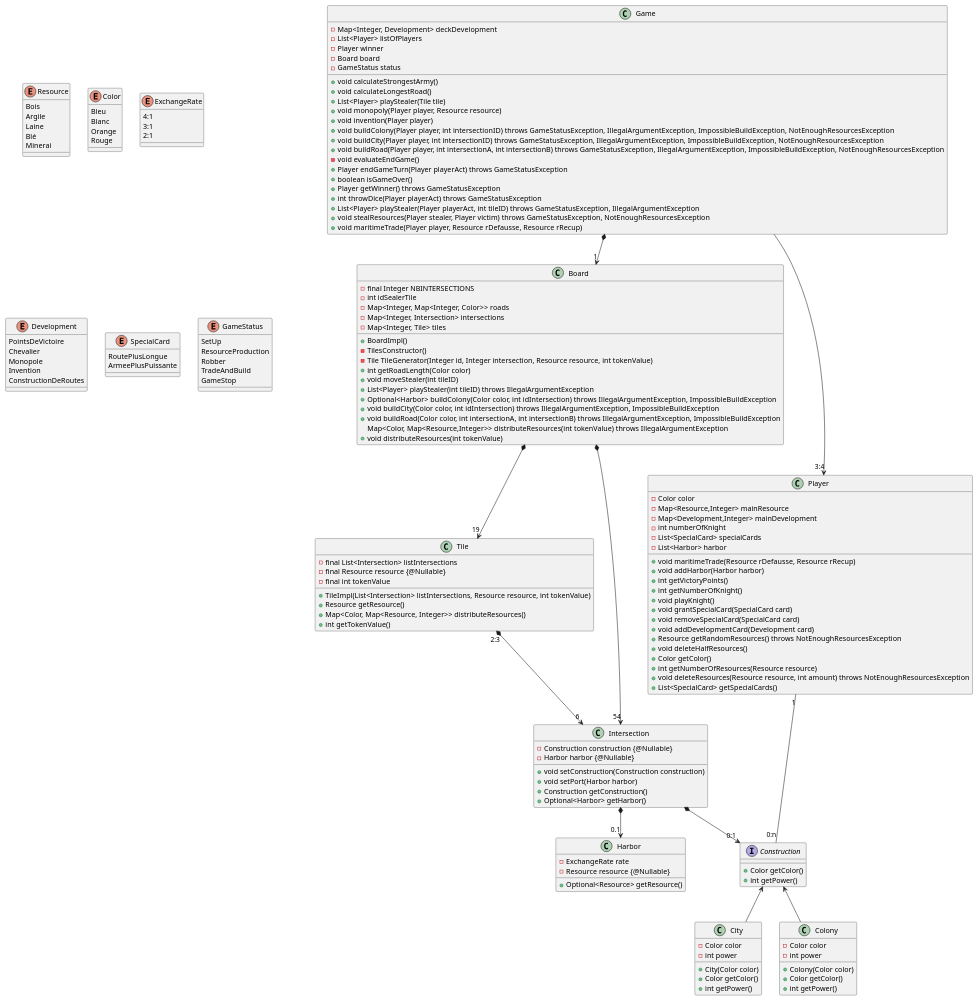
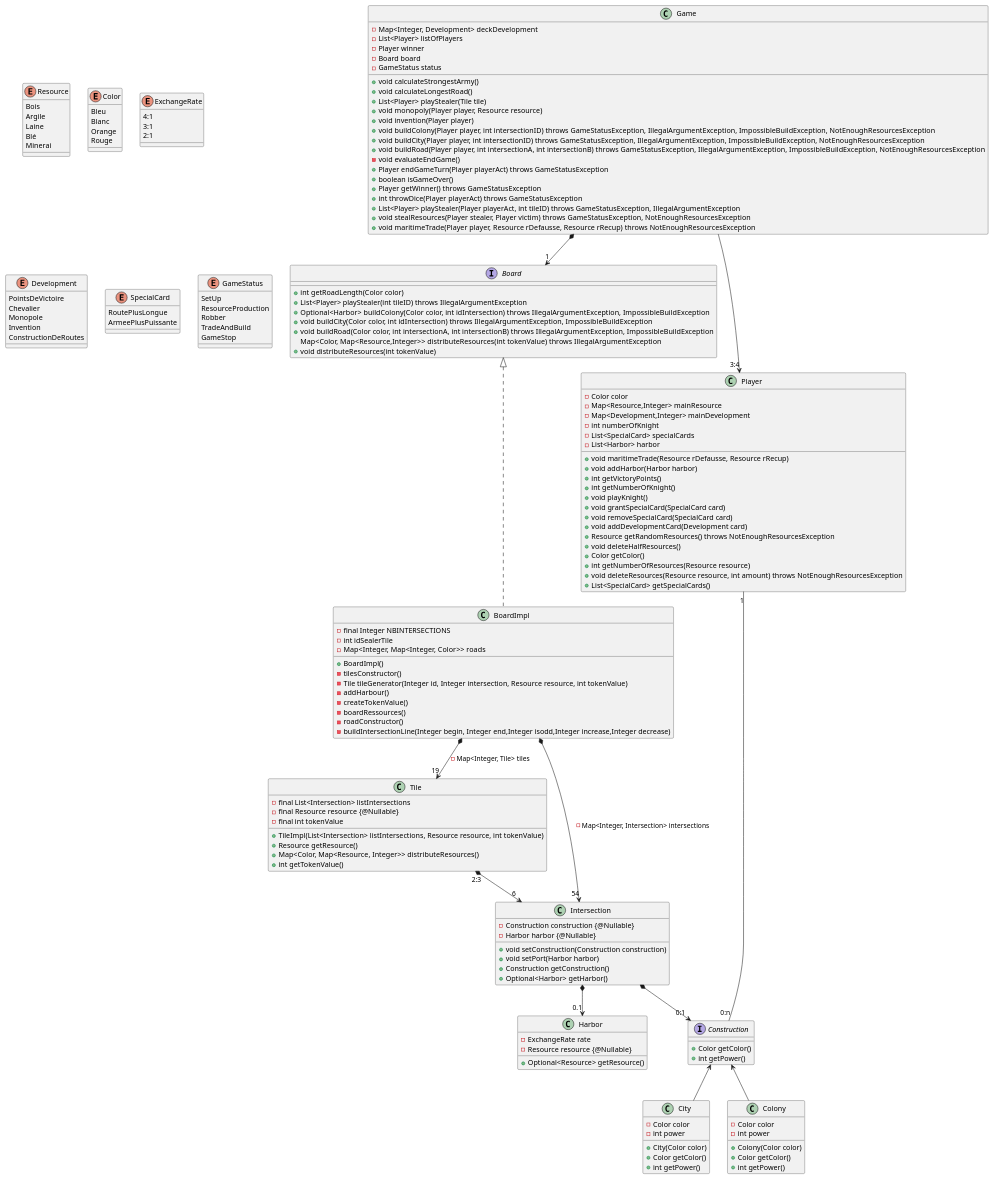
The diagram in catan-doc/modules/conception/examples/gameClassDiag.plantuml (Lapin-Obez/colon_de_catane), drawn with PlantUML before and after one commit. The commit also changed 3 other files, not shown here.

```diff
--- a/catan-doc/modules/conception/examples/gameClassDiag.plantuml
+++ b/catan-doc/modules/conception/examples/gameClassDiag.plantuml
@@ -1,183 +1,185 @@
 @startuml
-
 enum Resource {
     Bois
     Argile
     Laine
     Blé
     Minerai
 }
 
 enum Color {
     Bleu
     Blanc
     Orange
     Rouge
 }
 
 enum ExchangeRate {
     4:1
     3:1
     2:1
 }
 
 enum Development {
     PointsDeVictoire
     Chevalier
     Monopole
     Invention
     ConstructionDeRoutes
 }
 
 enum SpecialCard {
     RoutePlusLongue
     ArmeePlusPuissante
 }
 
 enum GameStatus {
     SetUp
     ResourceProduction
     Robber
     TradeAndBuild
     GameStop
 }
 
 class Game {
     - Map<Integer, Development> deckDevelopment
     - List<Player> listOfPlayers
     - Player winner
     - Board board
     - GameStatus status
 
     + void calculateStrongestArmy()
     + void calculateLongestRoad()
     + List<Player> playStealer(Tile tile)
     + void monopoly(Player player, Resource resource)
     + void invention(Player player)
     + void buildColony(Player player, int intersectionID) throws GameStatusException, IllegalArgumentException, ImpossibleBuildException, NotEnoughResourcesException
     + void buildCity(Player player, int intersectionID) throws GameStatusException, IllegalArgumentException, ImpossibleBuildException, NotEnoughResourcesException
     + void buildRoad(Player player, int intersectionA, int intersectionB) throws GameStatusException, IllegalArgumentException, ImpossibleBuildException, NotEnoughResourcesException
     - void evaluateEndGame()
     + Player endGameTurn(Player playerAct) throws GameStatusException
     + boolean isGameOver()
     + Player getWinner() throws GameStatusException
     + int throwDice(Player playerAct) throws GameStatusException
     + List<Player> playStealer(Player playerAct, int tileID) throws GameStatusException, IllegalArgumentException
     + void stealResources(Player stealer, Player victim) throws GameStatusException, NotEnoughResourcesException
-    + void maritimeTrade(Player player, Resource rDefausse, Resource rRecup)
+    + void maritimeTrade(Player player, Resource rDefausse, Resource rRecup) throws NotEnoughResourcesException
 }
 
-class Board {
-    - final Integer NBINTERSECTIONS
-    - int idSealerTile
-    - Map<Integer, Map<Integer, Color>> roads
-    - Map<Integer, Intersection> intersections
-    - Map<Integer, Tile> tiles
-
-    + BoardImpl()
-    - TilesConstructor()
-    - Tile TileGenerator(Integer id, Integer intersection, Resource resource, int tokenValue)
+interface Board {
     + int getRoadLength(Color color)
-    + void moveStealer(int tileID)
     + List<Player> playStealer(int tileID) throws IllegalArgumentException
-    +Optional<Harbor> buildColony(Color color, int idIntersection) throws IllegalArgumentException, ImpossibleBuildException
+    + Optional<Harbor> buildColony(Color color, int idIntersection) throws IllegalArgumentException, ImpossibleBuildException
     + void buildCity(Color color, int idIntersection) throws IllegalArgumentException, ImpossibleBuildException
     + void buildRoad(Color color, int intersectionA, int intersectionB) throws IllegalArgumentException, ImpossibleBuildException
     Map<Color, Map<Resource,Integer>> distributeResources(int tokenValue) throws IllegalArgumentException
     + void distributeResources(int tokenValue)
+}
+
+class BoardImpl {
+    - final Integer NBINTERSECTIONS
+    - int idSealerTile
+    - Map<Integer, Map<Integer, Color>> roads
+
+    + BoardImpl()
+    - tilesConstructor()
+    - Tile tileGenerator(Integer id, Integer intersection, Resource resource, int tokenValue)
+    - addHarbour()
+    - createTokenValue()
+    - boardRessources()
+    - roadConstructor()
+    - buildIntersectionLine(Integer begin, Integer end,Integer isodd,Integer increase,Integer decrease)
 }
 
 class Harbor{
     - ExchangeRate rate
     - Resource resource {@Nullable}
 
     + Optional<Resource> getResource()
 }
 
 class Tile{
     - final List<Intersection> listIntersections
     - final Resource resource {@Nullable}
     - final int tokenValue
 
     + TileImpl(List<Intersection> listIntersections, Resource resource, int tokenValue)
     + Resource getResource()
     + Map<Color, Map<Resource, Integer>> distributeResources()
     + int getTokenValue()
 }
 
 class Intersection{
     - Construction construction {@Nullable}
     - Harbor harbor {@Nullable}
 
     + void setConstruction(Construction construction)
     + void setPort(Harbor harbor)
     + Construction getConstruction()
     + Optional<Harbor> getHarbor()
 }
 
 class Player{
     - Color color
     - Map<Resource,Integer> mainResource
     - Map<Development,Integer> mainDevelopment
     - int numberOfKnight
     - List<SpecialCard> specialCards
     - List<Harbor> harbor
 
     + void maritimeTrade(Resource rDefausse, Resource rRecup)
     + void addHarbor(Harbor harbor)
     + int getVictoryPoints()
     + int getNumberOfKnight()
     + void playKnight()
     + void grantSpecialCard(SpecialCard card)
     + void removeSpecialCard(SpecialCard card)
     + void addDevelopmentCard(Development card)
     + Resource getRandomResources() throws NotEnoughResourcesException
     + void deleteHalfResources()
     + Color getColor()
     + int getNumberOfResources(Resource resource)
     + void deleteResources(Resource resource, int amount) throws NotEnoughResourcesException
     + List<SpecialCard> getSpecialCards()
 }
 
 interface Construction {
     + Color getColor()
     + int getPower()
 }
 
 class City {
     - Color color
     - int power
 
     + City(Color color)
     + Color getColor()
     + int getPower()
 }
 
 class Colony {
     - Color color
     - int power
 
     + Colony(Color color)
     + Color getColor()
     + int getPower()
 }
 
-
+class BoardImpl implements Board
 
 Construction <-d- City
 Construction <-d- Colony
 
-
 Game *--> "1" Board
-Board *--> "19" Tile
-Board *--> "54" Intersection
+BoardImpl *--> "19" Tile : - Map<Integer, Tile> tiles
+BoardImpl *--> "54" Intersection : - Map<Integer, Intersection> intersections
 
 Tile "2:3" *-->"6" Intersection
 Intersection *--> "0:1" Construction
 
 Intersection *--> "0.1" Harbor
 
 Game --> "3:4" Player
 Player "1" -- "0:n" Construction
-
 @enduml
```
